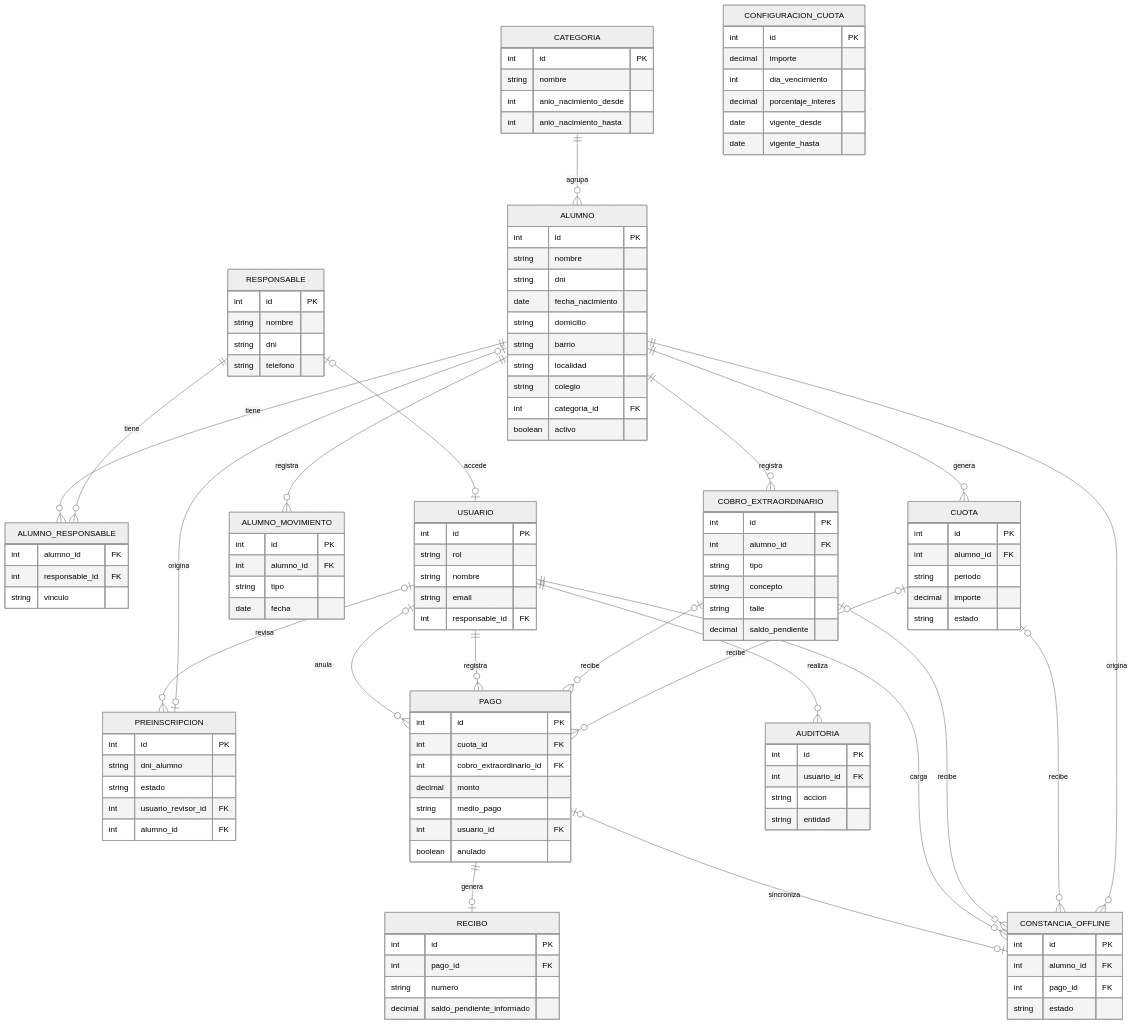
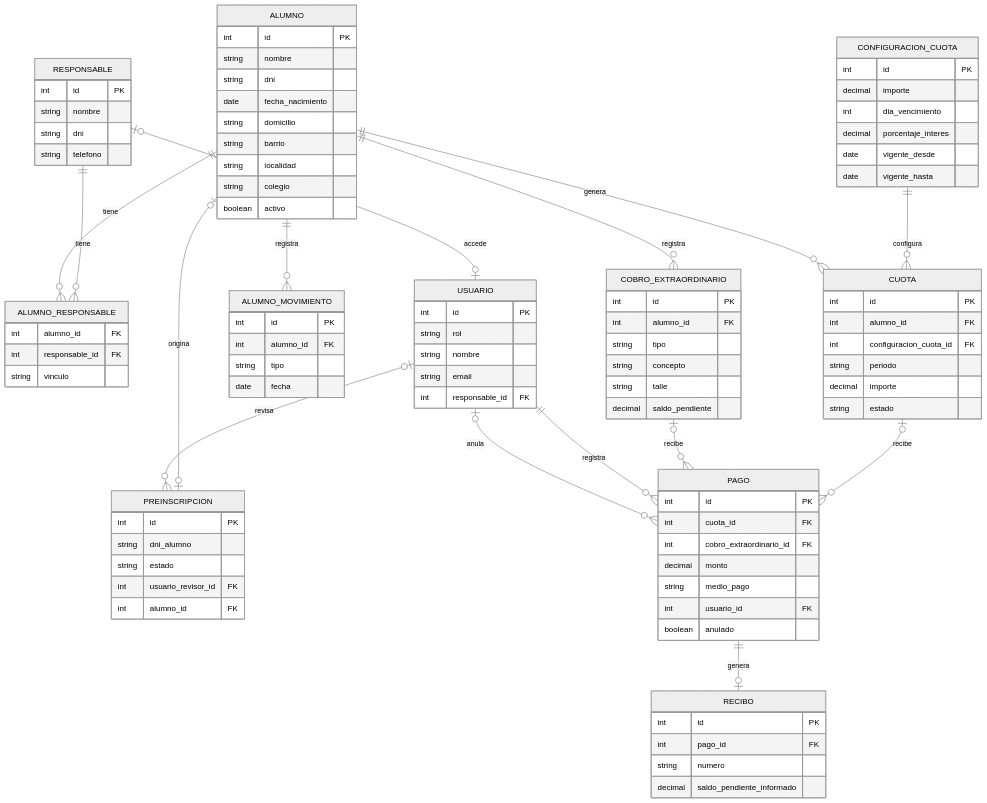
One commit to Marigi84/rojas-fc-gestion changed the diagram in docs/2da Entrega - Diseño y Modulos.md. Above: the diagram before and after it, drawn with Mermaid (neutral theme). The commit also changed other lines of this file, not shown here.

Commit message:
docs: ajusta DER según validación conceptual

````diff
--- a/docs/2da Entrega - Diseño y Modulos.md
+++ b/docs/2da Entrega - Diseño y Modulos.md
@@ -14,12 +14,12 @@
 ```mermaid
 erDiagram
-  CATEGORIA ||--o{ ALUMNO : agrupa
   RESPONSABLE ||--o{ ALUMNO_RESPONSABLE : tiene
   ALUMNO ||--o{ ALUMNO_RESPONSABLE : tiene
   RESPONSABLE o|--o| USUARIO : accede
   ALUMNO o|--o| PREINSCRIPCION : origina
   USUARIO o|--o{ PREINSCRIPCION : revisa
   ALUMNO ||--o{ ALUMNO_MOVIMIENTO : registra
+  CONFIGURACION_CUOTA ||--o{ CUOTA : configura
   ALUMNO ||--o{ CUOTA : genera
   ALUMNO ||--o{ COBRO_EXTRAORDINARIO : registra
   CUOTA o|--o{ PAGO : recibe
@@ -27,19 +27,7 @@
   USUARIO ||--o{ PAGO : registra
   USUARIO o|--o{ PAGO : anula
   PAGO ||--o| RECIBO : genera
-  ALUMNO ||--o{ CONSTANCIA_OFFLINE : origina
-  CUOTA o|--o{ CONSTANCIA_OFFLINE : recibe
-  COBRO_EXTRAORDINARIO o|--o{ CONSTANCIA_OFFLINE : recibe
-  USUARIO ||--o{ CONSTANCIA_OFFLINE : carga
-  PAGO o|--o| CONSTANCIA_OFFLINE : sincroniza
-  USUARIO ||--o{ AUDITORIA : realiza
 
-  CATEGORIA {
-    int id PK
-    string nombre
-    int anio_nacimiento_desde
-    int anio_nacimiento_hasta
-  }
   RESPONSABLE {
     int id PK
     string nombre
@@ -62,7 +50,6 @@
     string barrio
     string localidad
     string colegio
-    int categoria_id FK
     boolean activo
   }
   ALUMNO_RESPONSABLE {
@@ -94,6 +81,7 @@
   CUOTA {
     int id PK
     int alumno_id FK
+    int configuracion_cuota_id FK
     string periodo
     decimal importe
     string estado
@@ -121,16 +109,4 @@
     string numero
     decimal saldo_pendiente_informado
   }
-  CONSTANCIA_OFFLINE {
-    int id PK
-    int alumno_id FK
-    int pago_id FK
-    string estado
-  }
-  AUDITORIA {
-    int id PK
-    int usuario_id FK
-    string accion
-    string entidad
-  }
 ```
````
